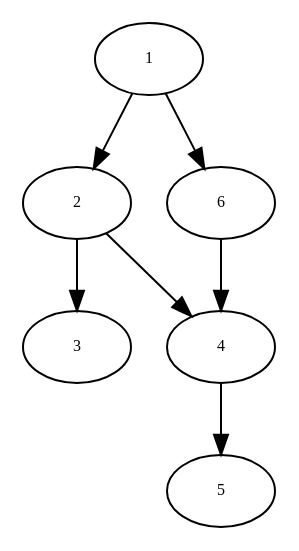
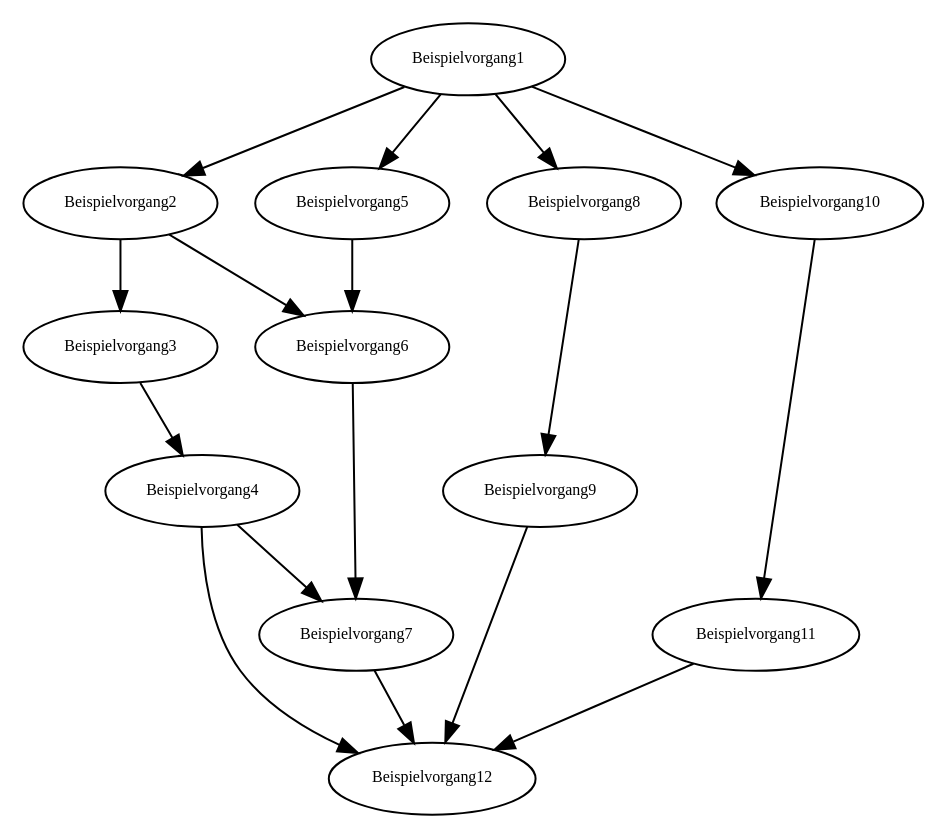
One commit to rb4k/as-rcpsp changed the diagram in graph.dot. Above: the diagram before and after it, drawn with Graphviz. The commit also changed 3 other files, not shown here.

```diff
--- a/graph.dot
+++ b/graph.dot
@@ -1,55 +1,125 @@
 digraph RGL__DirectedAdjacencyGraph {
-    3 [
+    47601936 [
         fontsize = 8,
-        label = 1
+        label = Beispielvorgang1
     ]
 
-    5 [
+    47601828 [
         fontsize = 8,
-        label = 2
+        label = Beispielvorgang2
     ]
 
-    7 [
+    47152008 [
         fontsize = 8,
-        label = 3
+        label = Beispielvorgang5
     ]
 
-    9 [
+    28413708 [
         fontsize = 8,
-        label = 4
+        label = Beispielvorgang8
     ]
 
-    11 [
+    34395312 [
         fontsize = 8,
-        label = 5
+        label = Beispielvorgang10
     ]
 
-    13 [
+    38313012 [
         fontsize = 8,
-        label = 6
+        label = Beispielvorgang3
     ]
 
-    3 -> 5 [
+    44130900 [
+        fontsize = 8,
+        label = Beispielvorgang6
+    ]
+
+    44544192 [
+        fontsize = 8,
+        label = Beispielvorgang4
+    ]
+
+    44973744 [
+        fontsize = 8,
+        label = Beispielvorgang7
+    ]
+
+    45190356 [
+        fontsize = 8,
+        label = Beispielvorgang12
+    ]
+
+    46949532 [
+        fontsize = 8,
+        label = Beispielvorgang9
+    ]
+
+    47265660 [
+        fontsize = 8,
+        label = Beispielvorgang11
+    ]
+
+    47601936 -> 47601828 [
         fontsize = 8
     ]
 
-    3 -> 13 [
+    47601936 -> 47152008 [
         fontsize = 8
     ]
 
-    5 -> 7 [
+    47601936 -> 28413708 [
         fontsize = 8
     ]
 
-    5 -> 9 [
+    47601936 -> 34395312 [
         fontsize = 8
     ]
 
-    9 -> 11 [
+    47601828 -> 38313012 [
         fontsize = 8
     ]
 
-    13 -> 9 [
+    47601828 -> 44130900 [
+        fontsize = 8
+    ]
+
+    47152008 -> 44130900 [
+        fontsize = 8
+    ]
+
+    28413708 -> 46949532 [
+        fontsize = 8
+    ]
+
+    34395312 -> 47265660 [
+        fontsize = 8
+    ]
+
+    38313012 -> 44544192 [
+        fontsize = 8
+    ]
+
+    44130900 -> 44973744 [
+        fontsize = 8
+    ]
+
+    44544192 -> 44973744 [
+        fontsize = 8
+    ]
+
+    44544192 -> 45190356 [
+        fontsize = 8
+    ]
+
+    44973744 -> 45190356 [
+        fontsize = 8
+    ]
+
+    46949532 -> 45190356 [
+        fontsize = 8
+    ]
+
+    47265660 -> 45190356 [
         fontsize = 8
     ]
 }
```
